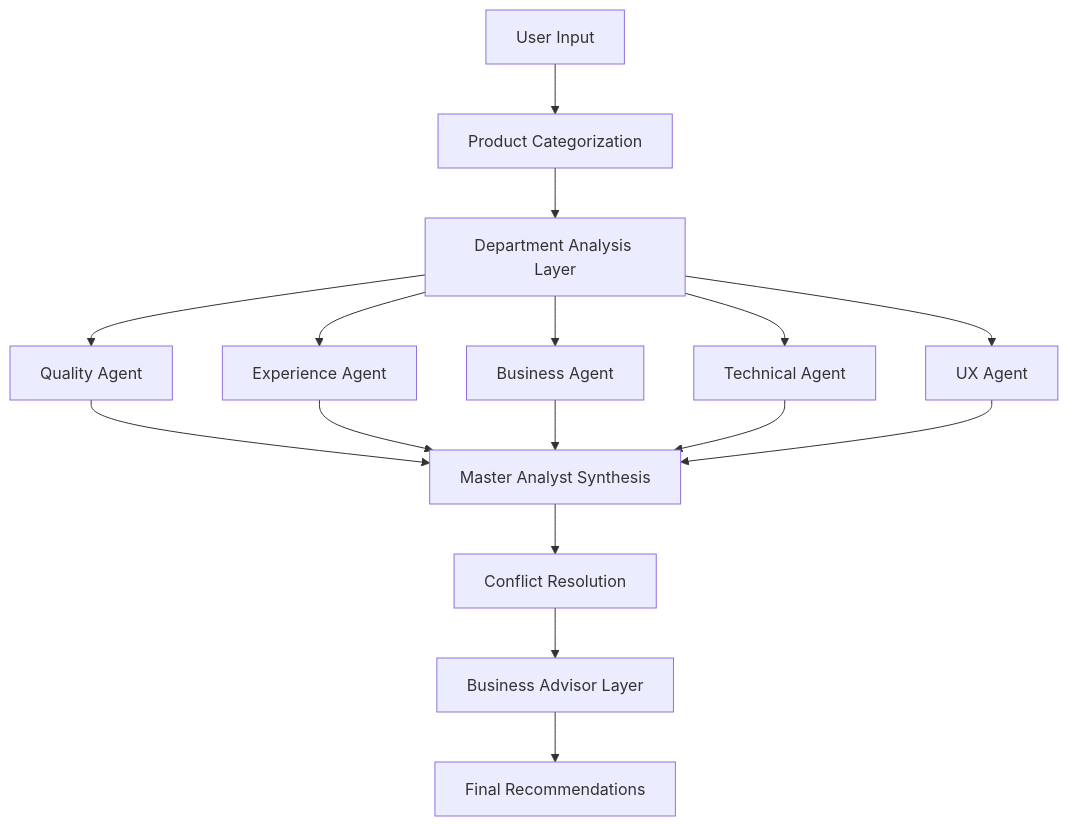
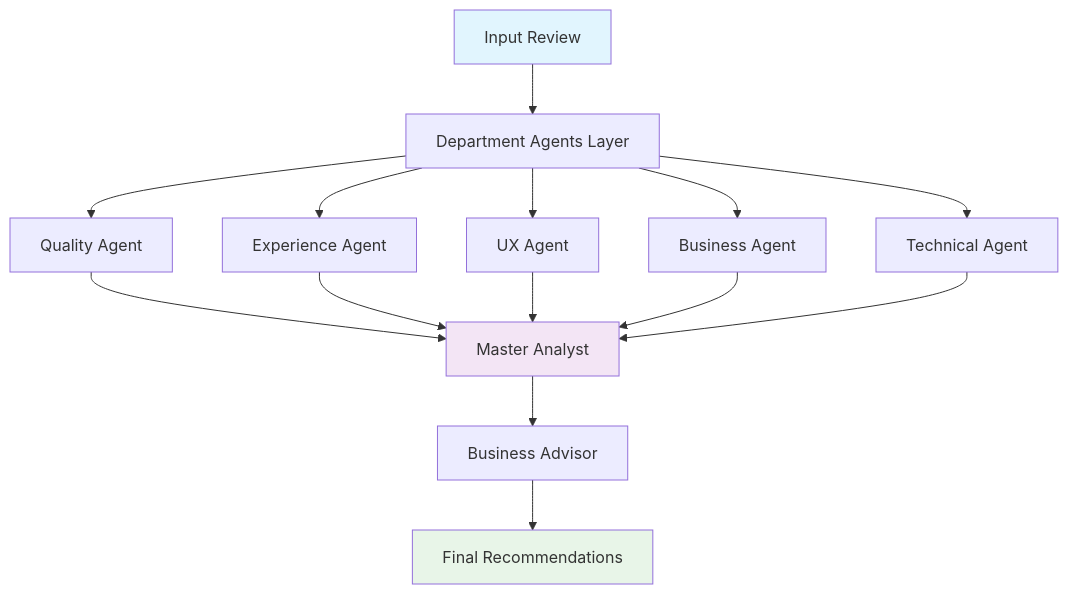
One commit to mietheweirdo/multi-ai-agents-for-sentiment-analysis changed the diagram in README.md. Above: the diagram before and after it, drawn with Mermaid. The commit also changed other lines of this file, not shown here.

````diff
--- a/README.md
+++ b/README.md
@@ -1064,18 +28,22 @@
 ```mermaid
 graph TD
-    A[User Input] --> B[Product Categorization]
-    B --> C[Department Analysis Layer]
-    C --> D[Quality Agent]
-    C --> E[Experience Agent] 
-    C --> F[Business Agent]
-    C --> G[Technical Agent]
-    C --> H[UX Agent]
-    D --> I[Master Analyst Synthesis]
-    E --> I
-    F --> I
-    G --> I
-    H --> I
-    I --> J[Conflict Resolution]
-    J --> K[Business Advisor Layer]
-    K --> L[Final Recommendations]
+    A[Input Review] --> B[Department Agents Layer]
+    B --> C[Quality Agent]
+    B --> D[Experience Agent]
+    B --> E[UX Agent]
+    B --> F[Business Agent]
+    B --> G[Technical Agent]
+    
+    C --> H[Master Analyst]
+    D --> H
+    E --> H
+    F --> H
+    G --> H
+    
+    H --> I[Business Advisor]
+    I --> J[Final Recommendations]
+    
+    style A fill:#e1f5fe
+    style H fill:#f3e5f5
+    style J fill:#e8f5e8
 ```
````
